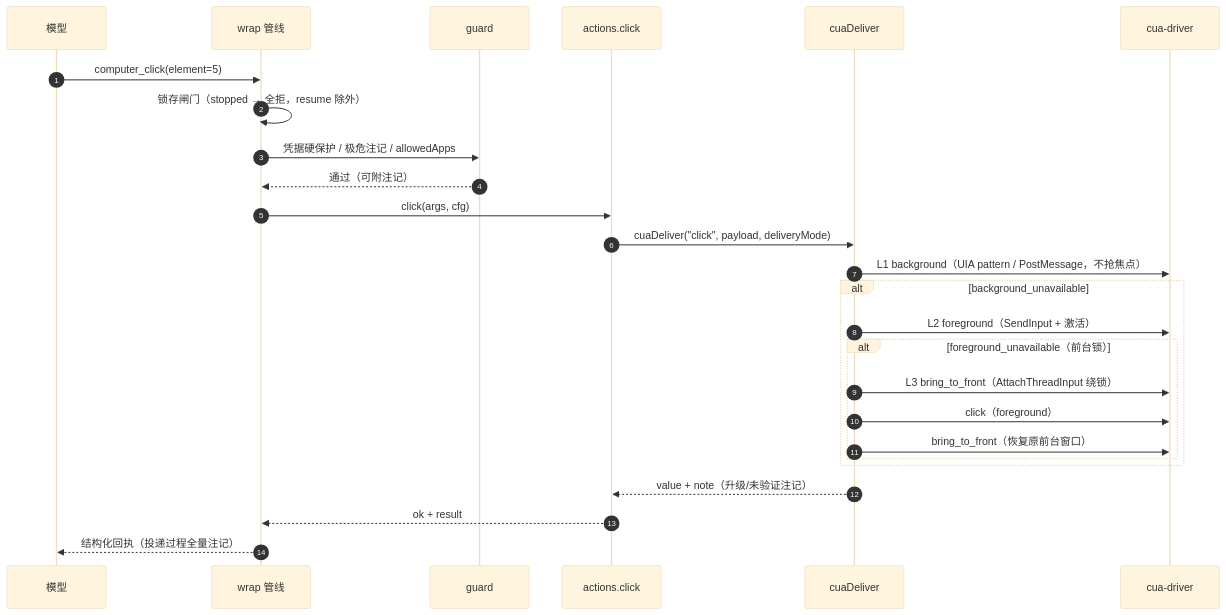
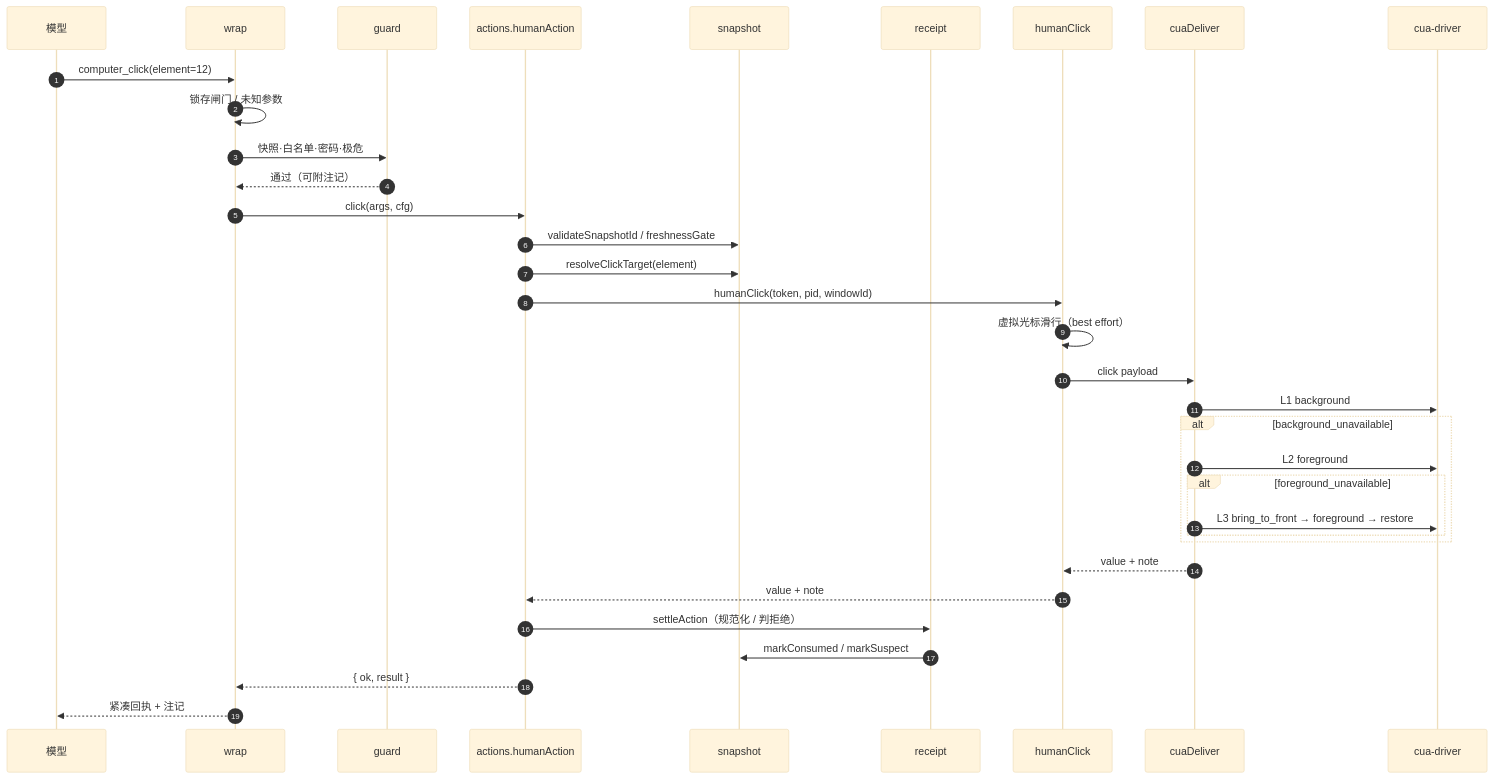
One commit to orangeofcarl0-sys/dsh-win-computer-use changed the second of 4 diagrams in docs/ARCHITECTURE.md. Above: the diagram before and after it, drawn with Mermaid (base theme). The commit also changed other lines of this file and 17 other files, not shown here.

````diff
--- a/docs/ARCHITECTURE.md
+++ b/docs/ARCHITECTURE.md
@@ -87,31 +150,37 @@
 ```mermaid
 sequenceDiagram
   autonumber
   participant M as 模型
-  participant W as wrap 管线
+  participant W as wrap
   participant G as guard
-  participant A as actions.click
-  participant D as cuaDeliver
-  participant V as cua-driver
+  participant A as actions.humanAction
+  participant S as snapshot
+  participant R as receipt
+  participant H as humanClick
+  participant C as cuaDeliver
+  participant D as cua-driver
 
-  M->>W: computer_click(element=5)
-  W->>W: 锁存闸门（stopped → 全拒，resume 除外）
-  W->>G: 凭据硬保护 / 极危注记 / allowedApps
+  M->>W: computer_click(element=12)
+  W->>W: 锁存闸门 / 未知参数
+  W->>G: 快照·白名单·密码·极危
   G-->>W: 通过（可附注记）
   W->>A: click(args, cfg)
-  A->>D: cuaDeliver("click", payload, deliveryMode)
-
-  D->>V: L1 background（UIA pattern / PostMessage，不抢焦点）
+  A->>S: validateSnapshotId / freshnessGate
+  A->>S: resolveClickTarget(element)
+  A->>H: humanClick(token, pid, windowId)
+  H->>H: 虚拟光标滑行（best effort）
+  H->>C: click payload
+  C->>D: L1 background
   alt background_unavailable
-    D->>V: L2 foreground（SendInput + 激活）
-    alt foreground_unavailable（前台锁）
-      D->>V: L3 bring_to_front（AttachThreadInput 绕锁）
-      D->>V: click（foreground）
-      D->>V: bring_to_front（恢复原前台窗口）
+    C->>D: L2 foreground
+    alt foreground_unavailable
+      C->>D: L3 bring_to_front → foreground → restore
     end
   end
-
-  D-->>A: value + note（升级/未验证注记）
-  A-->>W: ok + result
-  W-->>M: 结构化回执（投递过程全量注记）
+  C-->>H: value + note
+  H-->>A: value + note
+  A->>R: settleAction（规范化 / 判拒绝）
+  R->>S: markConsumed / markSuspect
+  A-->>W: { ok, result }
+  W-->>M: 紧凑回执 + 注记
 ```
````
